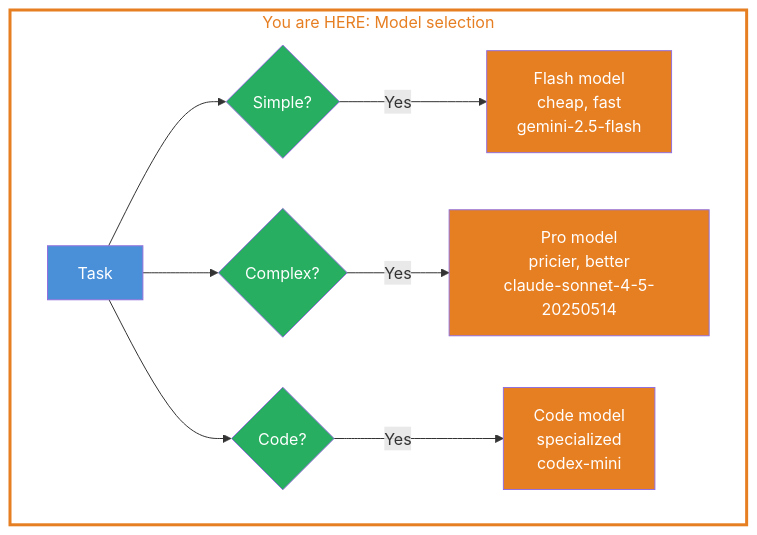
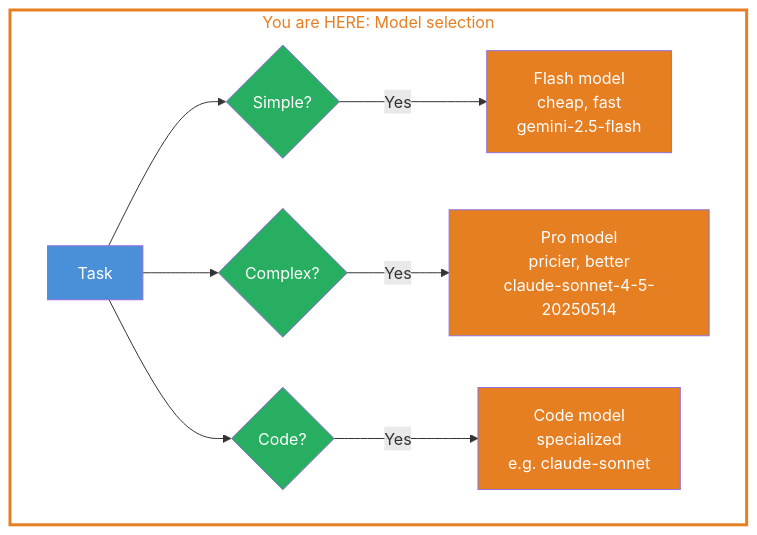
One commit to janrummel/level-up-ai changed the first of 2 diagrams in src/content/docs/en/level-1-ai-sdk-basics/03-choosing-your-model.mdx. Above: the diagram before and after it, drawn with Mermaid. The commit also changed other lines of this file and 17 other files, not shown here.

````diff
--- a/src/content/docs/en/level-1-ai-sdk-basics/03-choosing-your-model.mdx
+++ b/src/content/docs/en/level-1-ai-sdk-basics/03-choosing-your-model.mdx
@@ -14,19 +14,19 @@
 ```mermaid
 graph TD
   subgraph HIER["You are HERE: Model selection"]
     Aufgabe["Task"] --> Einfach{"Simple?"}
     Aufgabe --> Komplex{"Complex?"}
     Aufgabe --> Code{"Code?"}
     Einfach -->|Yes| Flash["Flash model<br/>cheap, fast<br/>gemini-2.5-flash"]
     Komplex -->|Yes| Pro["Pro model<br/>pricier, better<br/>claude-sonnet-4-5-20250514"]
-    Code -->|Yes| CodeModel["Code model<br/>specialized<br/>codex-mini"]
+    Code -->|Yes| CodeModel["Code model<br/>specialized<br/>e.g. claude-sonnet"]
   end
   style HIER fill:none,stroke:#E67E22,stroke-width:3px,color:#E67E22
   style Aufgabe fill:#4A90D9,color:#fff
   style Einfach fill:#27AE60,color:#fff
   style Komplex fill:#27AE60,color:#fff
   style Code fill:#27AE60,color:#fff
   style Flash fill:#E67E22,color:#fff
   style Pro fill:#E67E22,color:#fff
   style CodeModel fill:#E67E22,color:#fff
 ```
````
